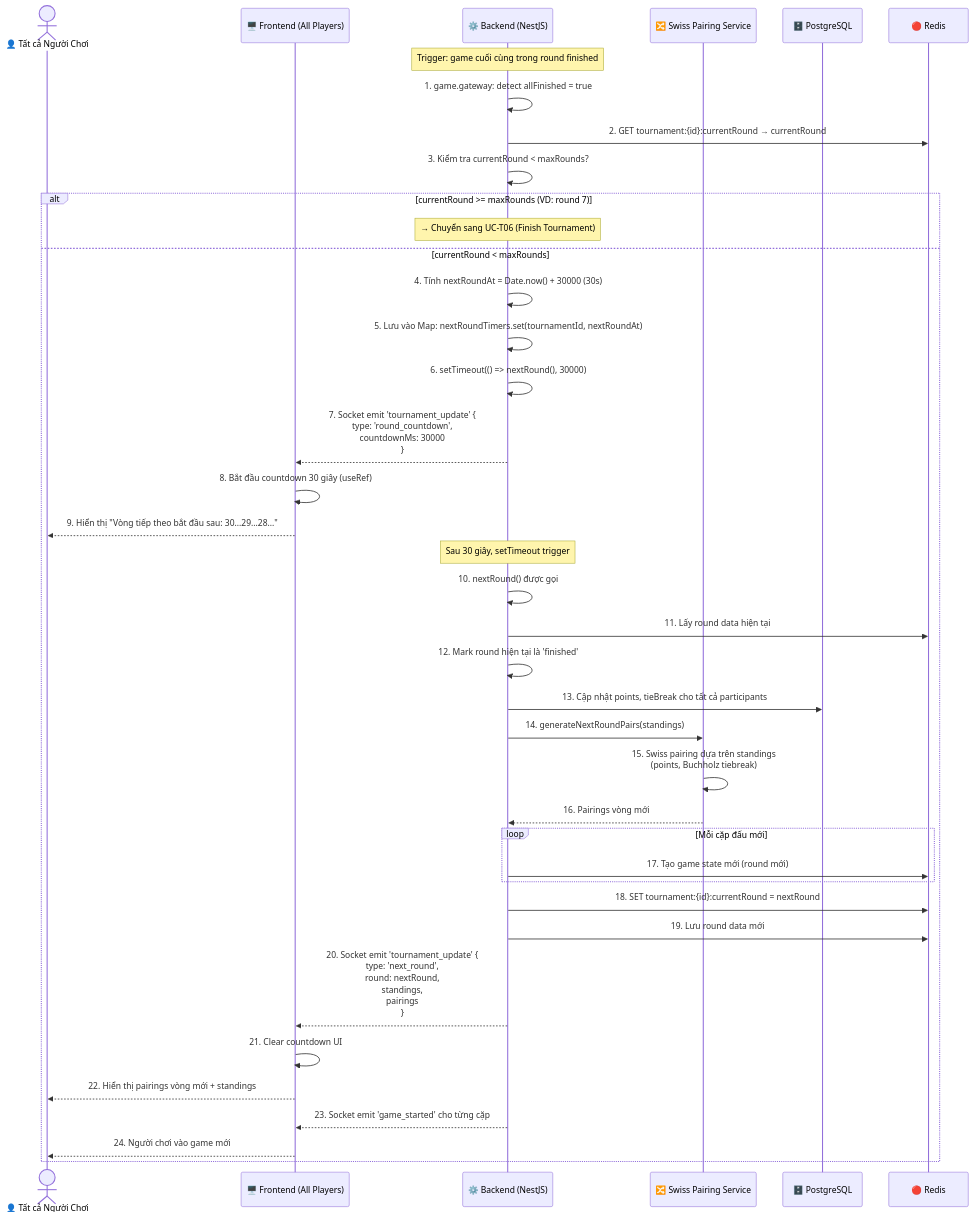
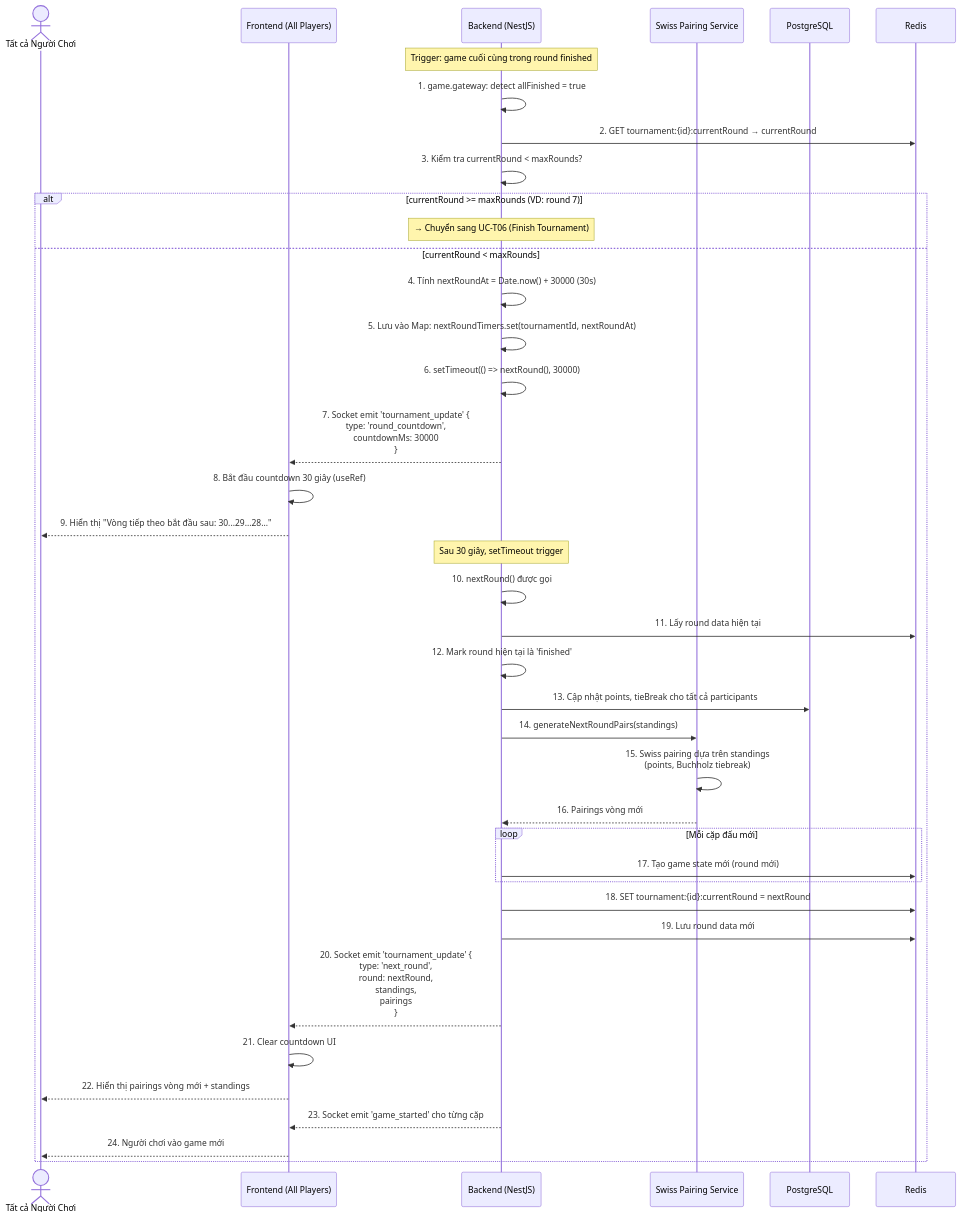
One commit to legiabao0907/web-chess-real-time changed diagram 14 of 22 in docs/sequence-diagrams.md. Above: the diagram before and after it, drawn with Mermaid. The commit also changed other lines of this file, not shown here.

````diff
--- a/docs/sequence-diagrams.md
+++ b/docs/sequence-diagrams.md
@@ -654,51 +654,51 @@
 ```mermaid
 sequenceDiagram
-    actor AllPlayers as 👤 Tất cả Người Chơi
-    participant FE as 🖥️ Frontend (All Players)
-    participant BE as ⚙️ Backend (NestJS)
-    participant SwissService as 🔀 Swiss Pairing Service
-    participant PG as 🗄️ PostgreSQL
-    participant Redis as 🔴 Redis
+ actor AllPlayers as Tất cả Người Chơi
+ participant FE as Frontend (All Players)
+ participant BE as Backend (NestJS)
+ participant SwissService as Swiss Pairing Service
+ participant PG as PostgreSQL
+ participant Redis as Redis
 
-    Note over BE: Trigger: game cuối cùng trong round finished
+ Note over BE: Trigger: game cuối cùng trong round finished
 
-    BE->>BE: 1. game.gateway: detect allFinished = true
-    BE->>Redis: 2. GET tournament:{id}:currentRound → currentRound
-    BE->>BE: 3. Kiểm tra currentRound < maxRounds?
+ BE->>BE: 1. game.gateway: detect allFinished = true
+ BE->>Redis: 2. GET tournament:{id}:currentRound → currentRound
+ BE->>BE: 3. Kiểm tra currentRound < maxRounds?
 
-    alt currentRound >= maxRounds (VD: round 7)
-        Note over BE: → Chuyển sang UC-T06 (Finish Tournament)
-    else currentRound < maxRounds
-        BE->>BE: 4. Tính nextRoundAt = Date.now() + 30000 (30s)
-        BE->>BE: 5. Lưu vào Map: nextRoundTimers.set(tournamentId, nextRoundAt)
-        BE->>BE: 6. setTimeout(() => nextRound(), 30000)
+ alt currentRound >= maxRounds (VD: round 7)
+ Note over BE: → Chuyển sang UC-T06 (Finish Tournament)
+ else currentRound < maxRounds
+ BE->>BE: 4. Tính nextRoundAt = Date.now() + 30000 (30s)
+ BE->>BE: 5. Lưu vào Map: nextRoundTimers.set(tournamentId, nextRoundAt)
+ BE->>BE: 6. setTimeout(() => nextRound(), 30000)
 
-        BE-->>FE: 7. Socket emit 'tournament_update' {<br/>  type: 'round_countdown',<br/>  countdownMs: 30000<br/>}
-        FE->>FE: 8. Bắt đầu countdown 30 giây (useRef)
-        FE-->>AllPlayers: 9. Hiển thị "Vòng tiếp theo bắt đầu sau: 30...29...28..."
+ BE-->>FE: 7. Socket emit 'tournament_update' {<br/> type: 'round_countdown',<br/> countdownMs: 30000<br/>}
+ FE->>FE: 8. Bắt đầu countdown 30 giây (useRef)
+ FE-->>AllPlayers: 9. Hiển thị "Vòng tiếp theo bắt đầu sau: 30...29...28..."
 
-        Note over BE: Sau 30 giây, setTimeout trigger
+ Note over BE: Sau 30 giây, setTimeout trigger
 
-        BE->>BE: 10. nextRound() được gọi
-        BE->>Redis: 11. Lấy round data hiện tại
-        BE->>BE: 12. Mark round hiện tại là 'finished'
-        BE->>PG: 13. Cập nhật points, tieBreak cho tất cả participants
-        BE->>SwissService: 14. generateNextRoundPairs(standings)
-        SwissService->>SwissService: 15. Swiss pairing dựa trên standings<br/>(points, Buchholz tiebreak)
-        SwissService-->>BE: 16. Pairings vòng mới
+ BE->>BE: 10. nextRound() được gọi
+ BE->>Redis: 11. Lấy round data hiện tại
+ BE->>BE: 12. Mark round hiện tại là 'finished'
+ BE->>PG: 13. Cập nhật points, tieBreak cho tất cả participants
+ BE->>SwissService: 14. generateNextRoundPairs(standings)
+ SwissService->>SwissService: 15. Swiss pairing dựa trên standings<br/>(points, Buchholz tiebreak)
+ SwissService-->>BE: 16. Pairings vòng mới
 
-        loop Mỗi cặp đấu mới
-            BE->>Redis: 17. Tạo game state mới (round mới)
-        end
+ loop Mỗi cặp đấu mới
+ BE->>Redis: 17. Tạo game state mới (round mới)
+ end
 
-        BE->>Redis: 18. SET tournament:{id}:currentRound = nextRound
-        BE->>Redis: 19. Lưu round data mới
+ BE->>Redis: 18. SET tournament:{id}:currentRound = nextRound
+ BE->>Redis: 19. Lưu round data mới
 
-        BE-->>FE: 20. Socket emit 'tournament_update' {<br/>  type: 'next_round',<br/>  round: nextRound,<br/>  standings,<br/>  pairings<br/>}
-        FE->>FE: 21. Clear countdown UI
-        FE-->>AllPlayers: 22. Hiển thị pairings vòng mới + standings
+ BE-->>FE: 20. Socket emit 'tournament_update' {<br/> type: 'next_round',<br/> round: nextRound,<br/> standings,<br/> pairings<br/>}
+ FE->>FE: 21. Clear countdown UI
+ FE-->>AllPlayers: 22. Hiển thị pairings vòng mới + standings
 
-        BE-->>FE: 23. Socket emit 'game_started' cho từng cặp
-        FE-->>AllPlayers: 24. Người chơi vào game mới
-    end
+ BE-->>FE: 23. Socket emit 'game_started' cho từng cặp
+ FE-->>AllPlayers: 24. Người chơi vào game mới
+ end
 ```
````
